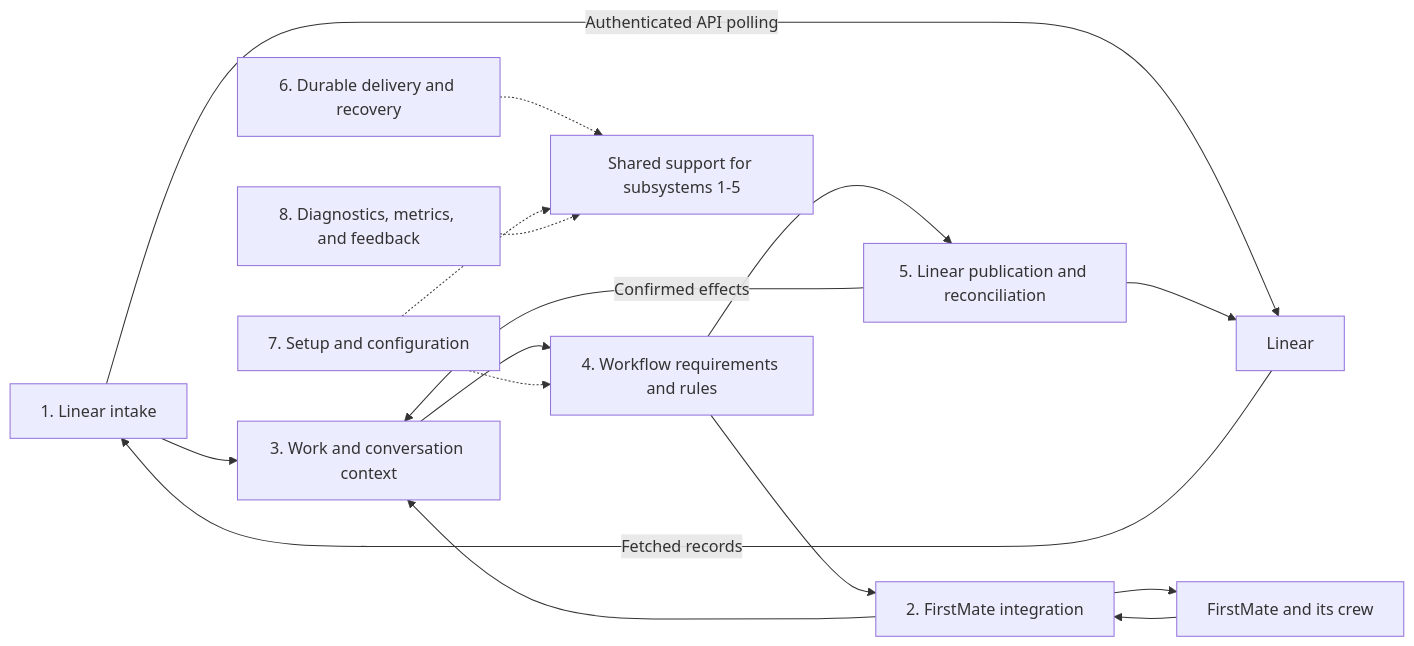
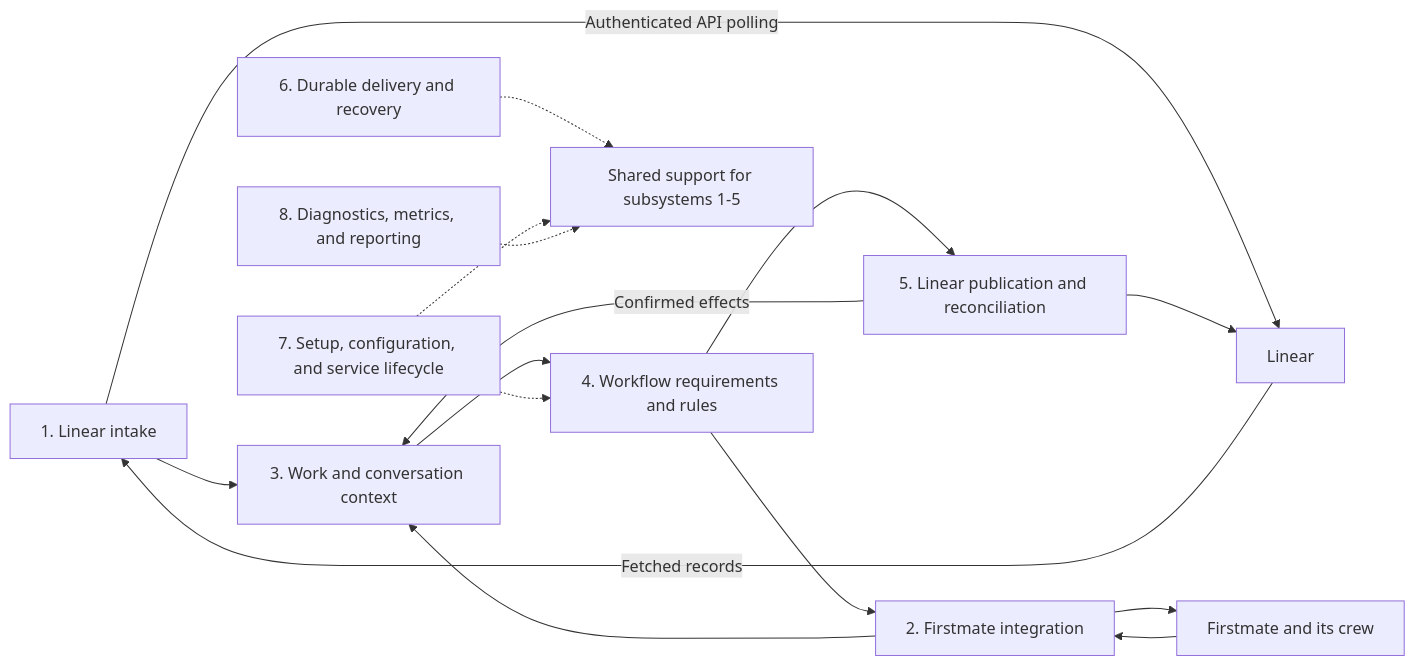
One commit to josh-padnick/firstmate-linear changed the diagram in _internal/ARCHITECTURE.md. Above: the diagram before and after it, drawn with Mermaid. The commit also changed other lines of this file and 7 other files, not shown here.

````diff
--- a/_internal/ARCHITECTURE.md
+++ b/_internal/ARCHITECTURE.md
@@ -37,18 +60,18 @@
 ```mermaid
 flowchart LR
     intake[1. Linear intake] -->|Authenticated API polling| linear[Linear]
     linear -->|Fetched records| intake
     intake --> context[3. Work and conversation context]
     context --> workflow[4. Workflow requirements and rules]
-    workflow --> fm[2. FirstMate integration]
-    fm --> firstmate[FirstMate and its crew]
+    workflow --> fm[2. Firstmate integration]
+    fm --> firstmate[Firstmate and its crew]
     firstmate --> fm
     fm --> context
     workflow --> publish[5. Linear publication and reconciliation]
     publish --> linear
     publish -->|Confirmed effects| context
-    setup[7. Setup and configuration] -.-> workflow
+    setup[7. Setup, configuration, and service lifecycle] -.-> workflow
     recovery[6. Durable delivery and recovery] -.-> shared[Shared support for subsystems 1-5]
     setup -.-> shared
-    diagnostics[8. Diagnostics, metrics, and feedback] -.-> shared
+    diagnostics[8. Diagnostics, metrics, and reporting] -.-> shared
 ```
````
